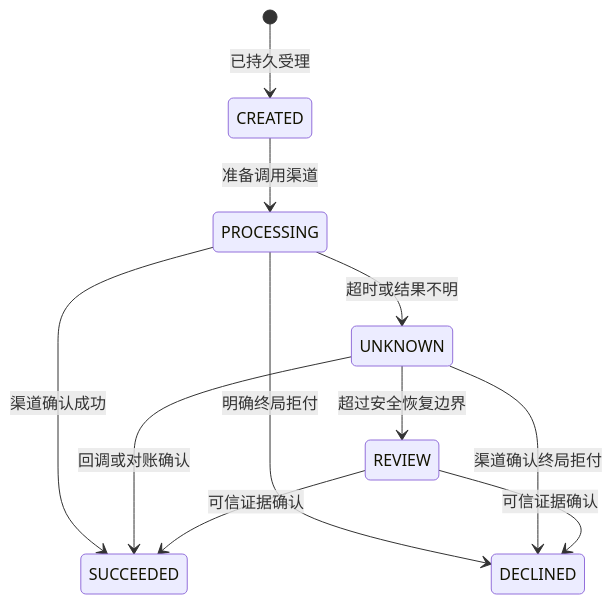
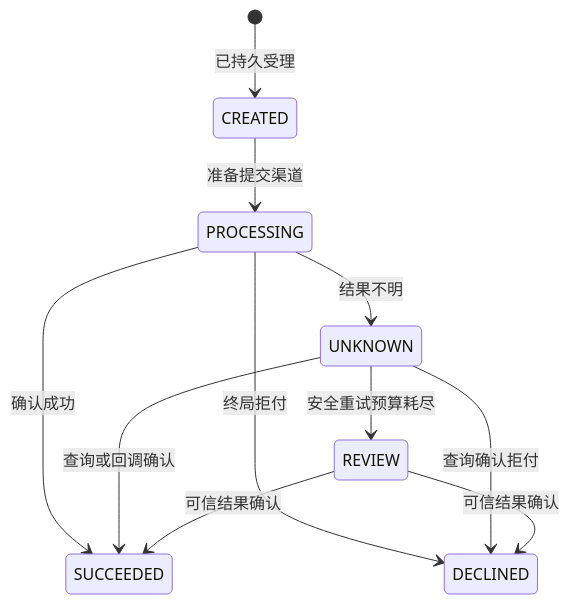
The second of 2 diagrams in docs/architecture.md (fino-io/orderpay), drawn with Mermaid before and after one commit. The commit also changed other lines of this file and 6 other files, not shown here.

````diff
--- a/docs/architecture.md
+++ b/docs/architecture.md
@@ -68,13 +43,13 @@
 ```mermaid
 stateDiagram-v2
     [*] --> CREATED: 已持久受理
-    CREATED --> PROCESSING: 准备调用渠道
-    PROCESSING --> SUCCEEDED: 渠道确认成功
-    PROCESSING --> DECLINED: 明确终局拒付
-    PROCESSING --> UNKNOWN: 超时或结果不明
-    UNKNOWN --> SUCCEEDED: 回调或对账确认
-    UNKNOWN --> DECLINED: 渠道确认终局拒付
-    UNKNOWN --> REVIEW: 超过安全恢复边界
-    REVIEW --> SUCCEEDED: 可信证据确认
-    REVIEW --> DECLINED: 可信证据确认
+    CREATED --> PROCESSING: 准备提交渠道
+    PROCESSING --> SUCCEEDED: 确认成功
+    PROCESSING --> DECLINED: 终局拒付
+    PROCESSING --> UNKNOWN: 结果不明
+    UNKNOWN --> SUCCEEDED: 查询或回调确认
+    UNKNOWN --> DECLINED: 查询确认拒付
+    UNKNOWN --> REVIEW: 安全重试预算耗尽
+    REVIEW --> SUCCEEDED: 可信结果确认
+    REVIEW --> DECLINED: 可信结果确认
 ```
````
